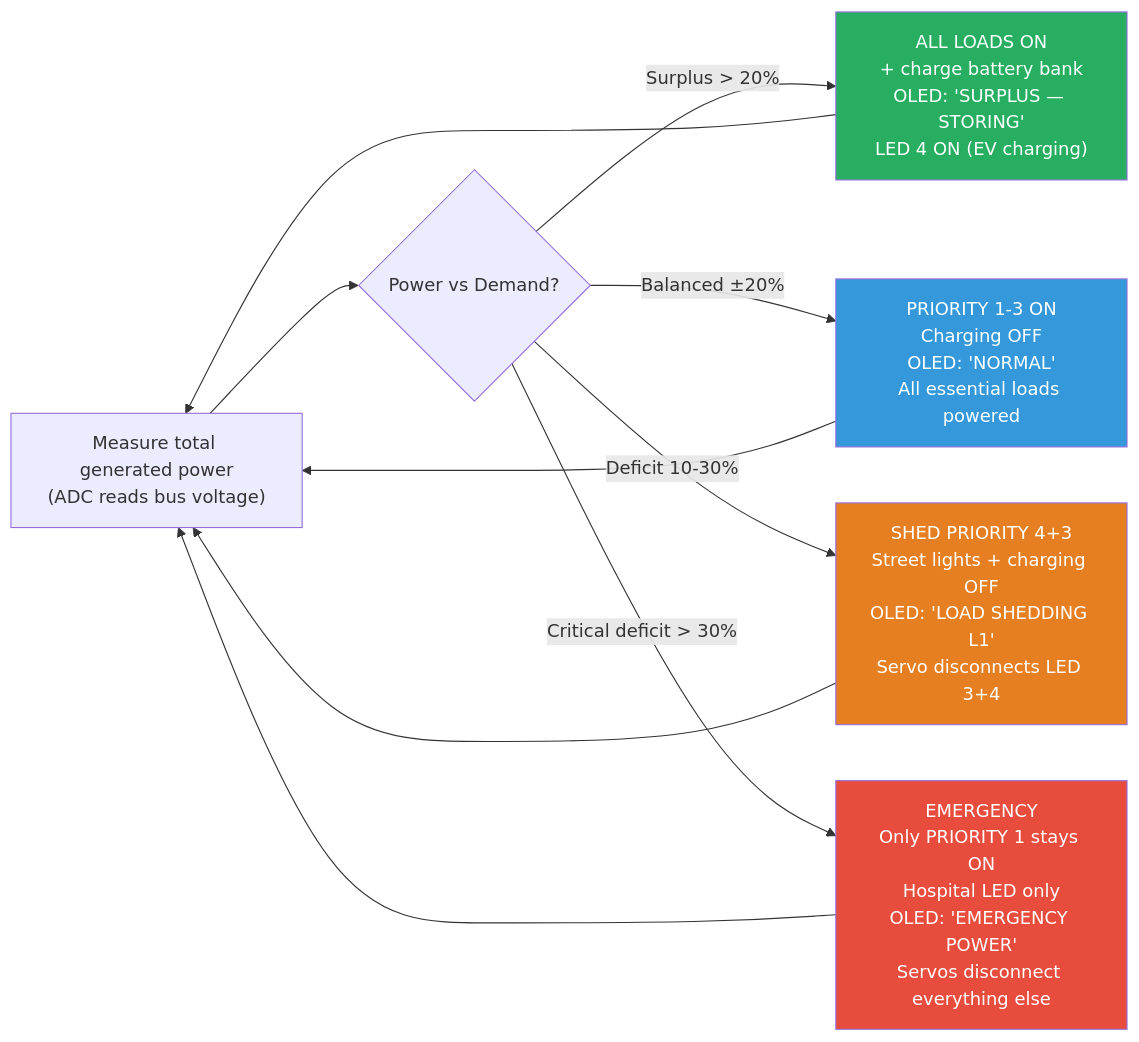
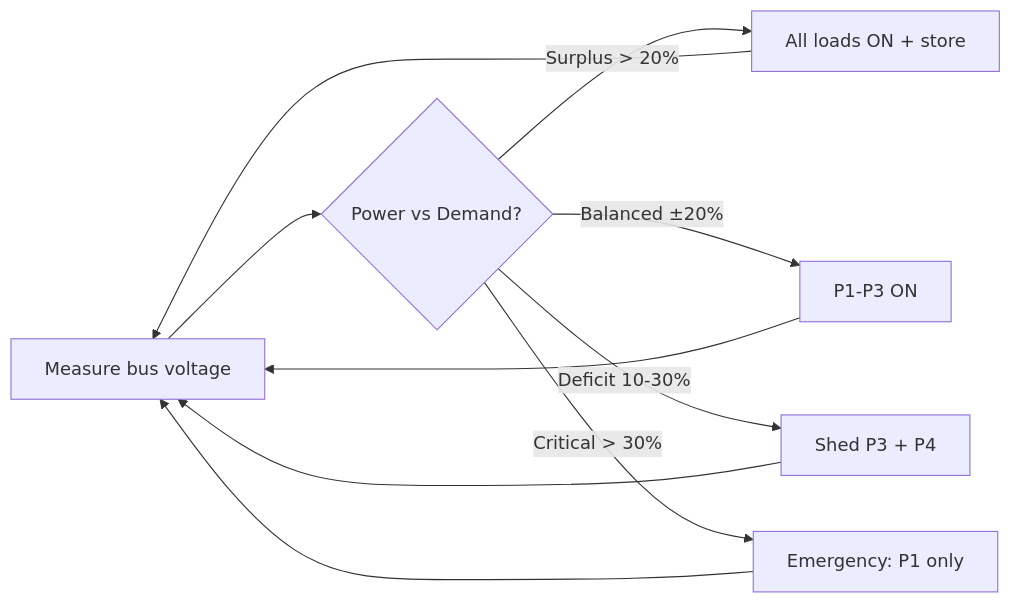
One commit to doyun-gu/hack-a-bot-2026 changed the fourth of 14 diagrams in docs/gridbox-proposal.md. Above: the diagram before and after it, drawn with Mermaid. The commit also changed other lines of this file and 3 other files, not shown here.

First line of the commit message:
Clean up diagrams + add EEE theory + ventilation application

````diff
--- a/docs/gridbox-proposal.md
+++ b/docs/gridbox-proposal.md
@@ -140,22 +126,12 @@
 ```mermaid
 flowchart LR
-    MEASURE["Measure total generated power<br/>(ADC reads bus voltage)"] --> COMPARE{"Power vs Demand?"}
-
-    COMPARE -->|"Surplus > 20%"| ALL_ON["ALL LOADS ON<br/>+ charge battery bank<br/>OLED: 'SURPLUS — STORING'<br/>LED 4 ON (EV charging)"]
-
-    COMPARE -->|"Balanced ±20%"| NORMAL["PRIORITY 1-3 ON<br/>Charging OFF<br/>OLED: 'NORMAL'<br/>All essential loads powered"]
-
-    COMPARE -->|"Deficit 10-30%"| SHED1["SHED PRIORITY 4+3<br/>Street lights + charging OFF<br/>OLED: 'LOAD SHEDDING L1'<br/>Servo disconnects LED 3+4"]
-
-    COMPARE -->|"Critical deficit > 30%"| SHED2["EMERGENCY<br/>Only PRIORITY 1 stays ON<br/>Hospital LED only<br/>OLED: 'EMERGENCY POWER'<br/>Servos disconnect everything else"]
-
+    MEASURE[Measure bus voltage] --> COMPARE{Power vs Demand?}
+    COMPARE -->|Surplus > 20%| ALL_ON[All loads ON + store]
+    COMPARE -->|Balanced ±20%| NORMAL[P1-P3 ON]
+    COMPARE -->|Deficit 10-30%| SHED1[Shed P3 + P4]
+    COMPARE -->|Critical > 30%| SHED2[Emergency: P1 only]
     ALL_ON --> MEASURE
     NORMAL --> MEASURE
     SHED1 --> MEASURE
     SHED2 --> MEASURE
-
-    style ALL_ON fill:#27ae60,color:#fff
-    style NORMAL fill:#3498db,color:#fff
-    style SHED1 fill:#e67e22,color:#fff
-    style SHED2 fill:#e74c3c,color:#fff
 ```
````
